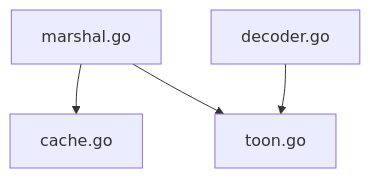
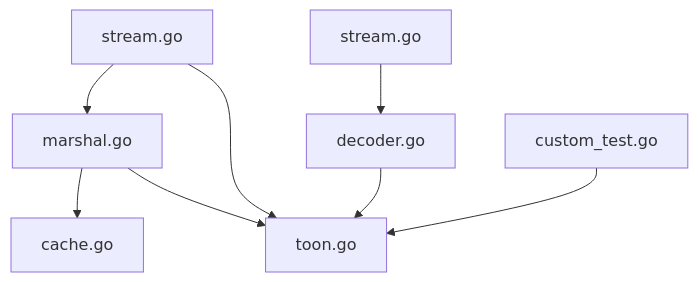
One commit to OTumanov/go-toon changed the fourth of 4 diagrams in .qoder/repowiki/en/content/API Reference/Core Encoding API.md. Above: the diagram before and after it, drawn with Mermaid. The commit also changed other lines of this file and 11 other files, not shown here.

First line of the commit message:
feat: add Pre-flight Schema + Token Calculator to toongen

````diff
--- a/.qoder/repowiki/en/content/API Reference/Core Encoding API.md
+++ b/.qoder/repowiki/en/content/API Reference/Core Encoding API.md
@@ -353,6 +580,10 @@
 ```mermaid
 graph TB
 M["marshal.go"] --> C["cache.go"]
 M --> T["toon.go"]
-D["decoder.go"] --> T
+SE["stream.go"] --> M
+SE --> T
+SD["stream.go"] --> D["decoder.go"]
+D --> T
+CM["custom_test.go"] --> T
 ```
````
